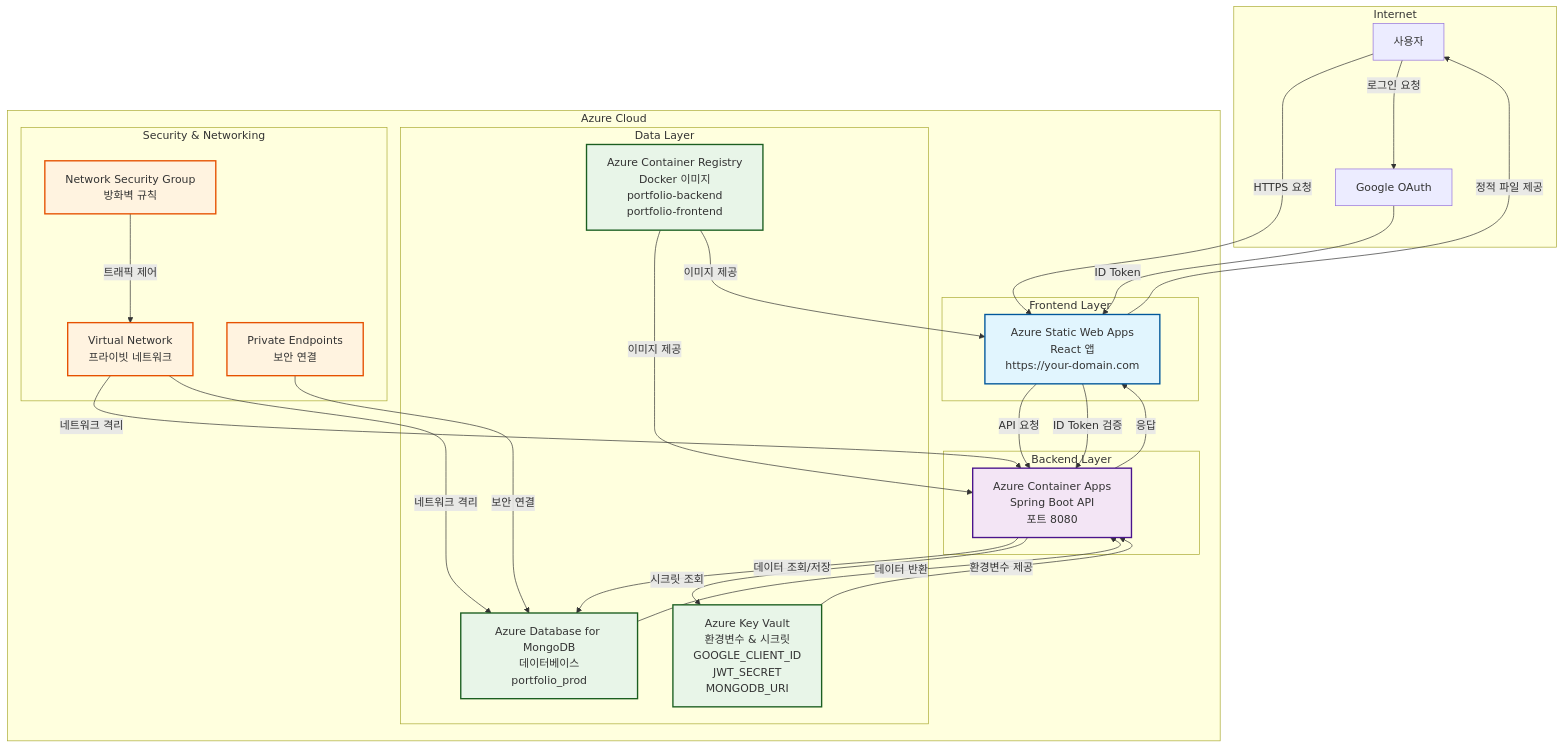
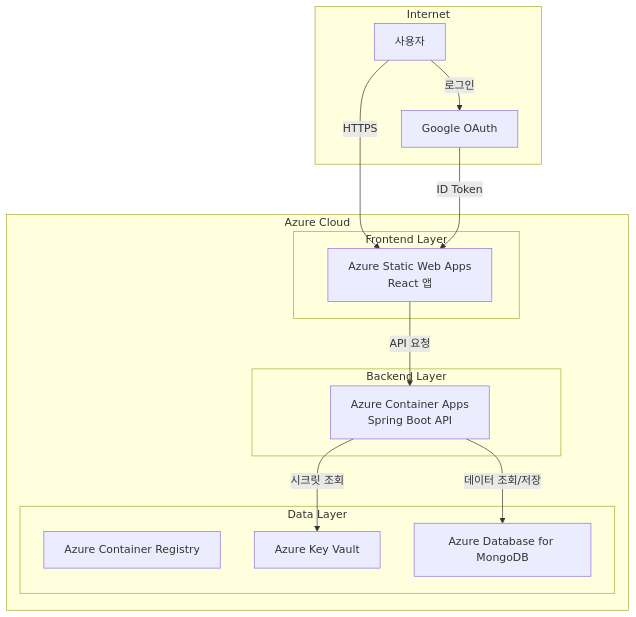
The diagram in README.md (salieri009/MyTechPortFolio), drawn with Mermaid before and after one commit. The commit also changed other lines of this file and 121 other files, not shown here.

````diff
--- a/README.md
+++ b/README.md
@@ -221,71 +255,30 @@
 ```mermaid
 graph TB
     subgraph "Internet"
         User[사용자]
         Google[Google OAuth]
     end
 
     subgraph "Azure Cloud"
         subgraph "Frontend Layer"
-            SWA[Azure Static Web Apps<br/>React 앱<br/>https://your-domain.com]
+            SWA[Azure Static Web Apps<br/>React 앱]
         end
 
         subgraph "Backend Layer"
-            ACA[Azure Container Apps<br/>Spring Boot API<br/>포트 8080]
+            ACA[Azure Container Apps<br/>Spring Boot API]
         end
 
         subgraph "Data Layer"
-            ACR[Azure Container Registry<br/>Docker 이미지<br/>portfolio-backend<br/>portfolio-frontend]
-            AKV[Azure Key Vault<br/>환경변수 & 시크릿<br/>GOOGLE_CLIENT_ID<br/>JWT_SECRET<br/>MONGODB_URI]
-            ADB[Azure Database for MongoDB<br/>데이터베이스<br/>portfolio_prod]
-        end
-
-        subgraph "Security & Networking"
-            VNet[Virtual Network<br/>프라이빗 네트워크]
-            NSG[Network Security Group<br/>방화벽 규칙]
-            PE[Private Endpoints<br/>보안 연결]
+            ACR[Azure Container Registry]
+            AKV[Azure Key Vault]
+            ADB[Azure Database for MongoDB]
         end
     end
 
-    %% 사용자 접근 흐름
-    User -->|HTTPS 요청| SWA
-    SWA -->|정적 파일 제공| User
-
-    %% 프론트엔드 → 백엔드 API 호출
+    User -->|HTTPS| SWA
     SWA -->|API 요청| ACA
-    ACA -->|응답| SWA
-
-    %% 백엔드 → 데이터베이스
     ACA -->|데이터 조회/저장| ADB
-    ADB -->|데이터 반환| ACA
-
-    %% 백엔드 → Key Vault
     ACA -->|시크릿 조회| AKV
-    AKV -->|환경변수 제공| ACA
-
-    %% Google OAuth 인증
-    User -->|로그인 요청| Google
+    User -->|로그인| Google
     Google -->|ID Token| SWA
-    SWA -->|ID Token 검증| ACA
-
-    %% 컨테이너 이미지 관리
-    ACR -->|이미지 제공| ACA
-    ACR -->|이미지 제공| SWA
-
-    %% 네트워크 보안
-    VNet -->|네트워크 격리| ACA
-    VNet -->|네트워크 격리| ADB
-    NSG -->|트래픽 제어| VNet
-    PE -->|보안 연결| ADB
-
-    %% 스타일링
-    classDef frontend fill:#e1f5fe,stroke:#01579b,stroke-width:2px
-    classDef backend fill:#f3e5f5,stroke:#4a148c,stroke-width:2px
-    classDef data fill:#e8f5e8,stroke:#1b5e20,stroke-width:2px
-    classDef security fill:#fff3e0,stroke:#e65100,stroke-width:2px
-
-    class SWA frontend
-    class ACA backend
-    class ACR,ADB,AKV data
-    class VNet,NSG,PE security
 ```
````
